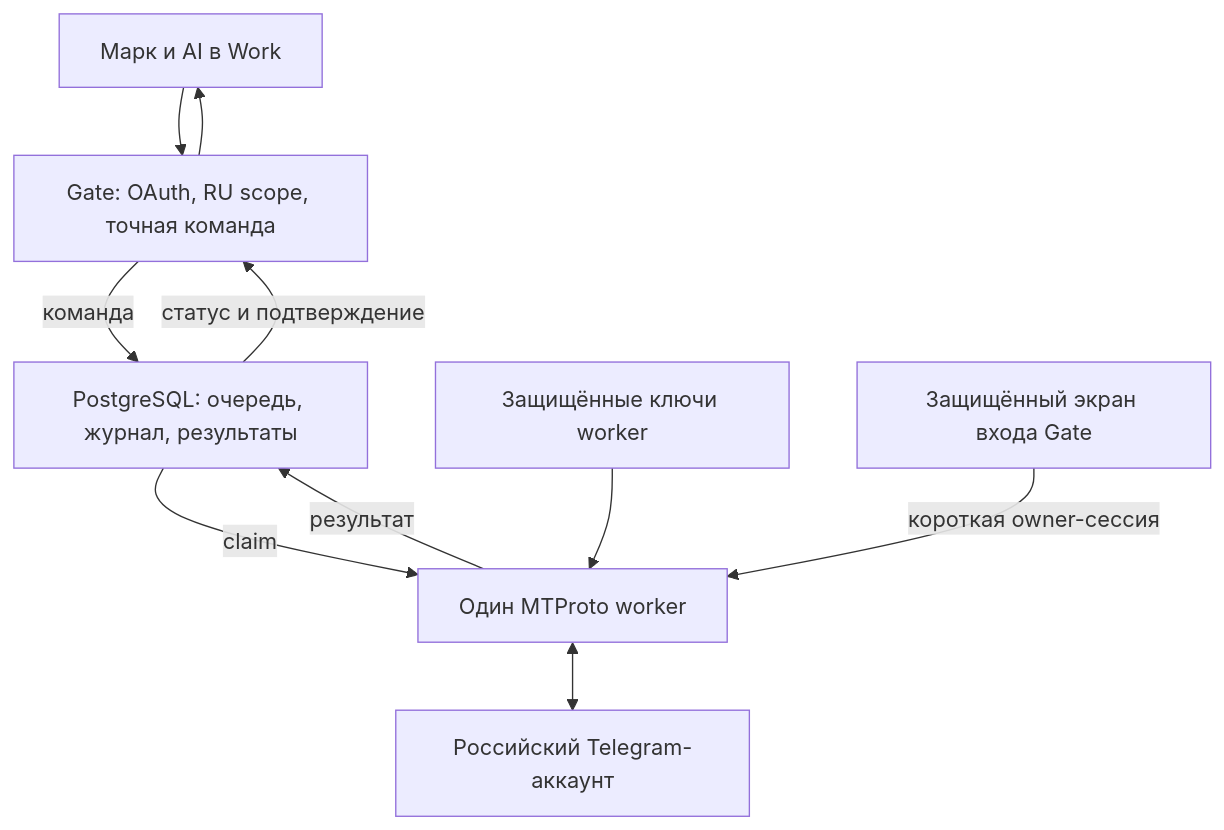
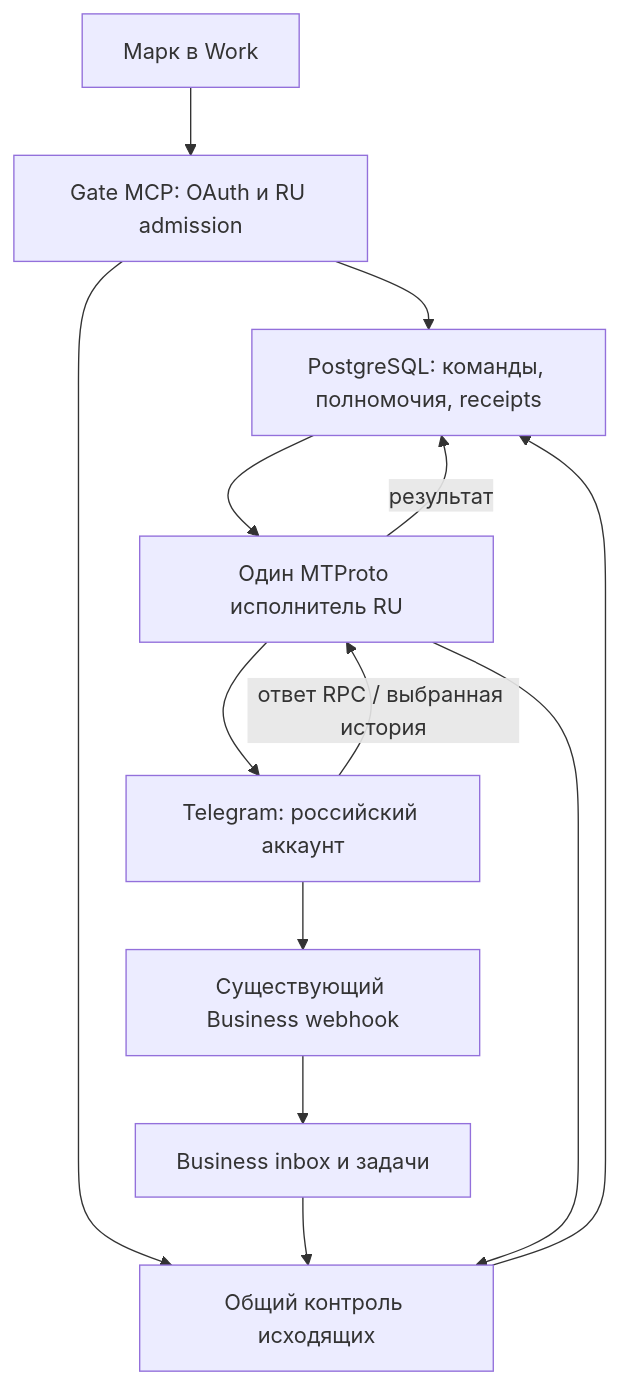
One commit to markmalina/gate changed the diagram in docs/specs/MTPROTO_RU_ARCHITECTURE_AND_SPRINTS.md. Above: the diagram before and after it, drawn with Mermaid. The commit also changed other lines of this file and 1 other file, not shown here.

Commit message:
docs: revise RU MTProto architecture, OSS reuse and sprint acceptance [skip ci]

````diff
--- a/docs/specs/MTPROTO_RU_ARCHITECTURE_AND_SPRINTS.md
+++ b/docs/specs/MTPROTO_RU_ARCHITECTURE_AND_SPRINTS.md
@@ -109,12 +65,15 @@
 ```mermaid
 flowchart TD
-    A["Марк и AI в Work"] --> G["Gate: OAuth, RU scope, точная команда"]
-    G -->|"команда"| D["PostgreSQL: очередь, журнал, результаты"]
-    D -->|"claim"| W["Один MTProto worker"]
+    U["Марк в Work"] --> G["Gate MCP: OAuth и RU admission"]
+    G --> D["PostgreSQL: команды, полномочия, receipts"]
+    D --> W["Один MTProto исполнитель RU"]
+    W --> T["Telegram: российский аккаунт"]
+    T --> B["Существующий Business webhook"]
+    B --> I["Business inbox и задачи"]
+    G --> F["Общий контроль исходящих"]
+    I --> F
+    W --> F
+    F --> D
+    T -->|"ответ RPC / выбранная история"| W
     W -->|"результат"| D
-    D -->|"статус и подтверждение"| G
-    G --> A
-    W <--> T["Российский Telegram-аккаунт"]
-    K["Защищённые ключи worker"] --> W
-    S["Защищённый экран входа Gate"] -->|"короткая owner-сессия"| W
 ```
````
